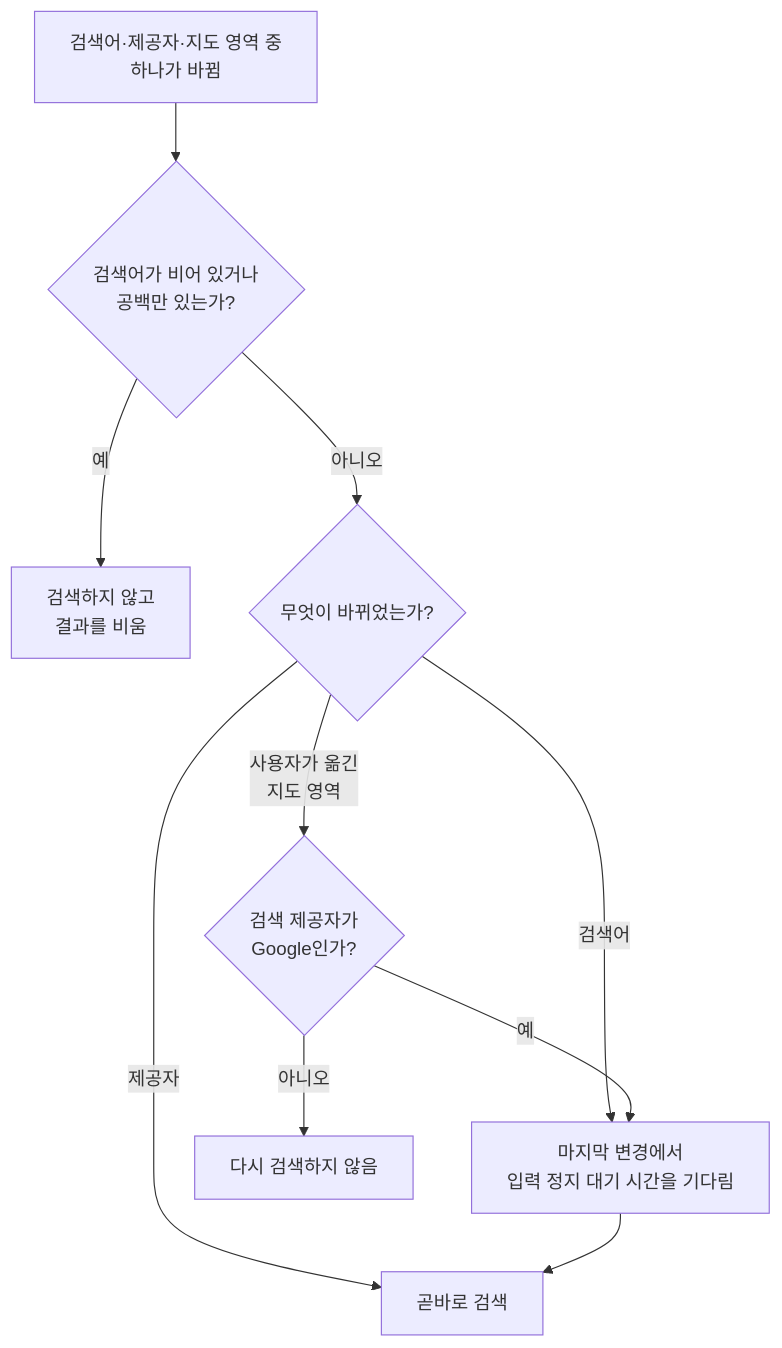
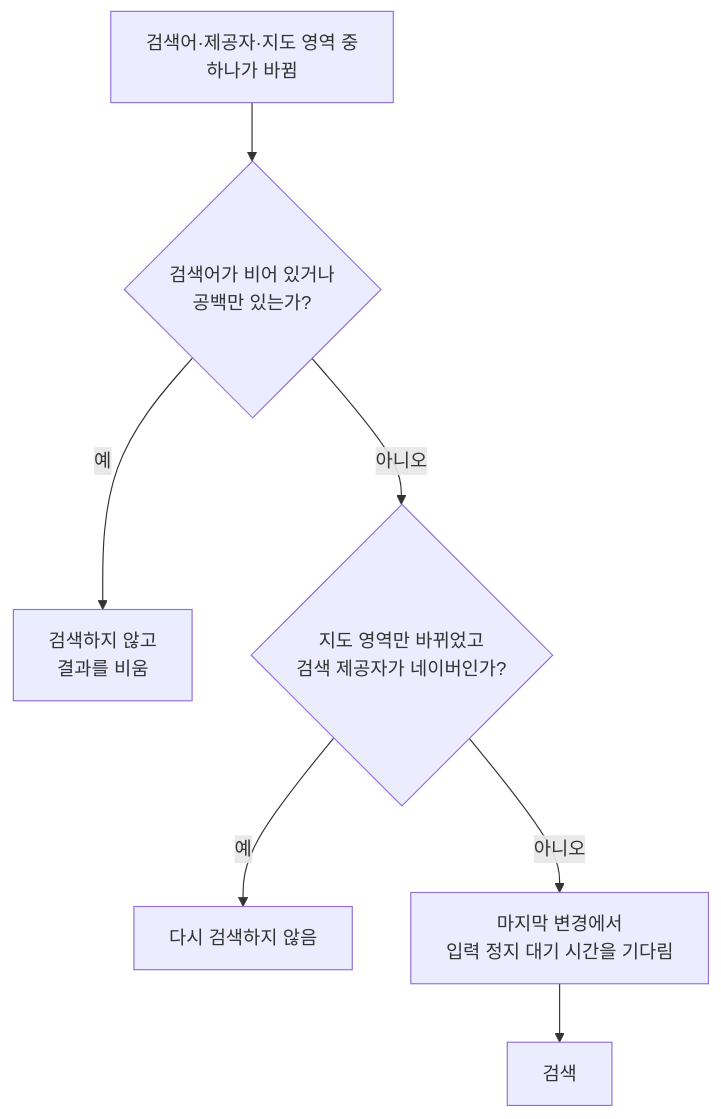
The first of 2 diagrams in docs/spec/client/place-search-dialog.md (taetae98coding/DiaryKMP), drawn with Mermaid before and after one commit. The commit also changed other lines of this file and 589 other files, not shown here.

````diff
--- a/docs/spec/client/place-search-dialog.md
+++ b/docs/spec/client/place-search-dialog.md
@@ -117,12 +105,9 @@
 ```mermaid
 flowchart TD
     start["검색어·제공자·지도 영역 중<br/>하나가 바뀜"] --> query{"검색어가 비어 있거나<br/>공백만 있는가?"}
     query -- 예 --> clear["검색하지 않고<br/>결과를 비움"]
-    query -- 아니오 --> what{"무엇이 바뀌었는가?"}
-    what -- "검색어" --> wait["마지막 변경에서<br/>입력 정지 대기 시간을 기다림"]
-    what -- "제공자" --> now["곧바로 검색"]
-    what -- "사용자가 옮긴<br/>지도 영역" --> provider{"검색 제공자가<br/>Google인가?"}
-    provider -- 아니오 --> skip["다시 검색하지 않음"]
-    provider -- 예 --> wait
-    wait --> now
+    query -- 아니오 --> area{"지도 영역만 바뀌었고<br/>검색 제공자가 네이버인가?"}
+    area -- 예 --> skip["다시 검색하지 않음"]
+    area -- 아니오 --> wait["마지막 변경에서<br/>입력 정지 대기 시간을 기다림"]
+    wait --> now["검색"]
 ```
````
